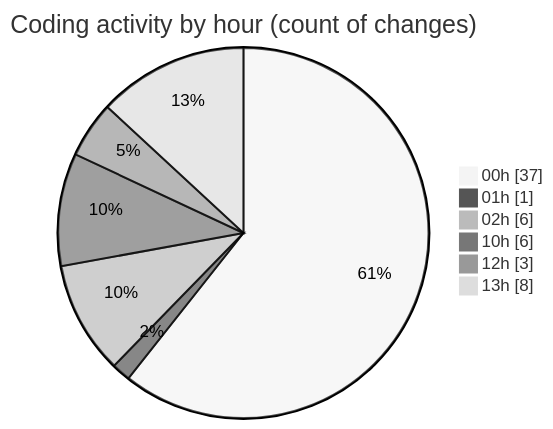
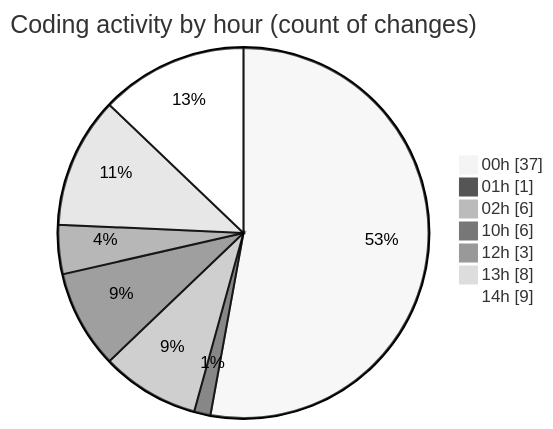
Before and after one commit to julien-gomy/code-tracking: the second of 2 diagrams in 2025-11-20/eventscop-frontend-guide__workspace_/README.md, drawn with Mermaid (neutral theme). The commit also changed other lines of this file and 1 other file, not shown here.

````diff
--- a/2025-11-20/eventscop-frontend-guide__workspace_/README.md
+++ b/2025-11-20/eventscop-frontend-guide__workspace_/README.md
@@ -48,10 +50,11 @@
 ```mermaid
 pie showData
 title Coding activity by hour (count of changes)
 "00h" : 37
 "01h" : 1
 "02h" : 6
 "10h" : 6
 "12h" : 3
 "13h" : 8
+"14h" : 9
 ```
````
